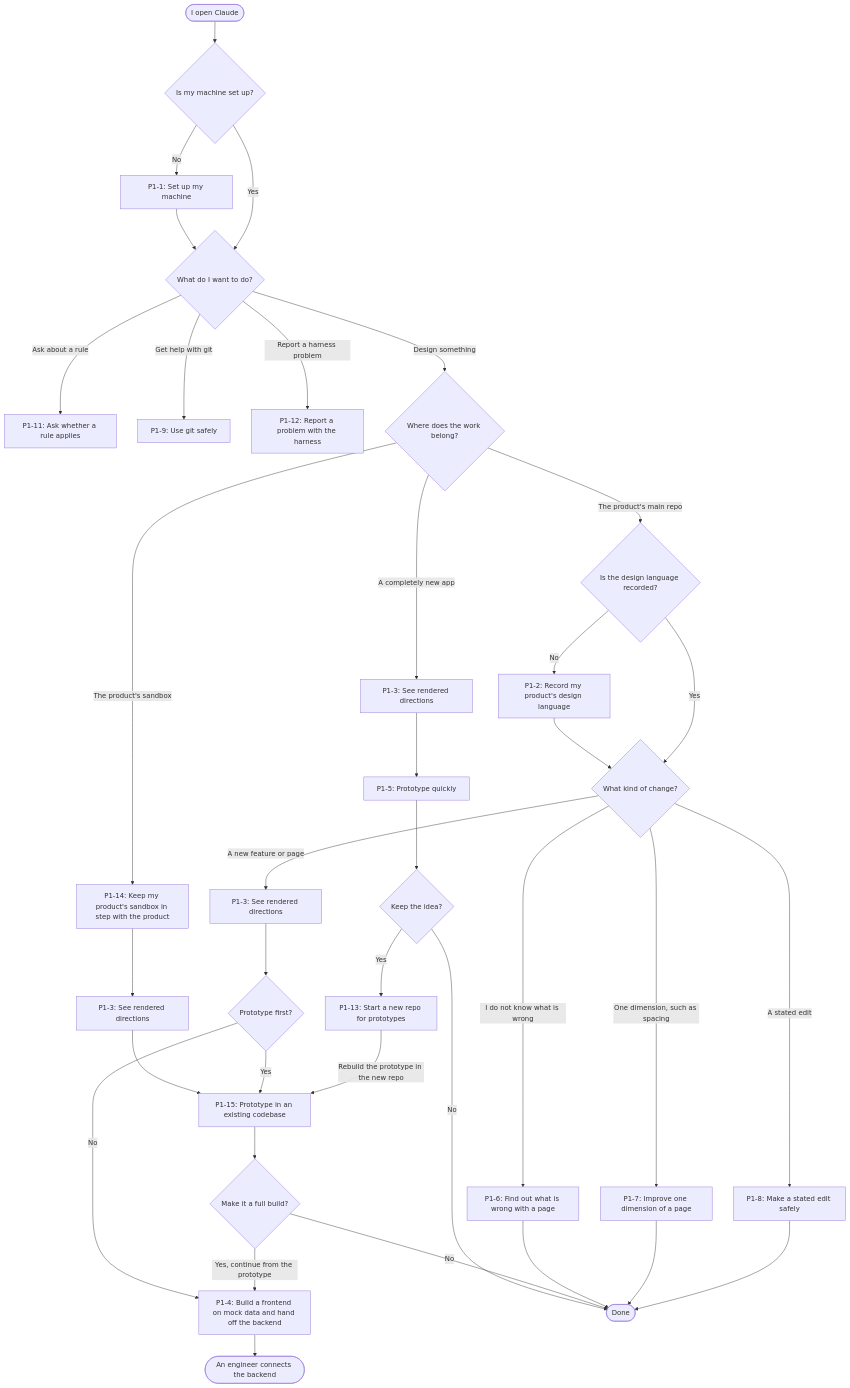
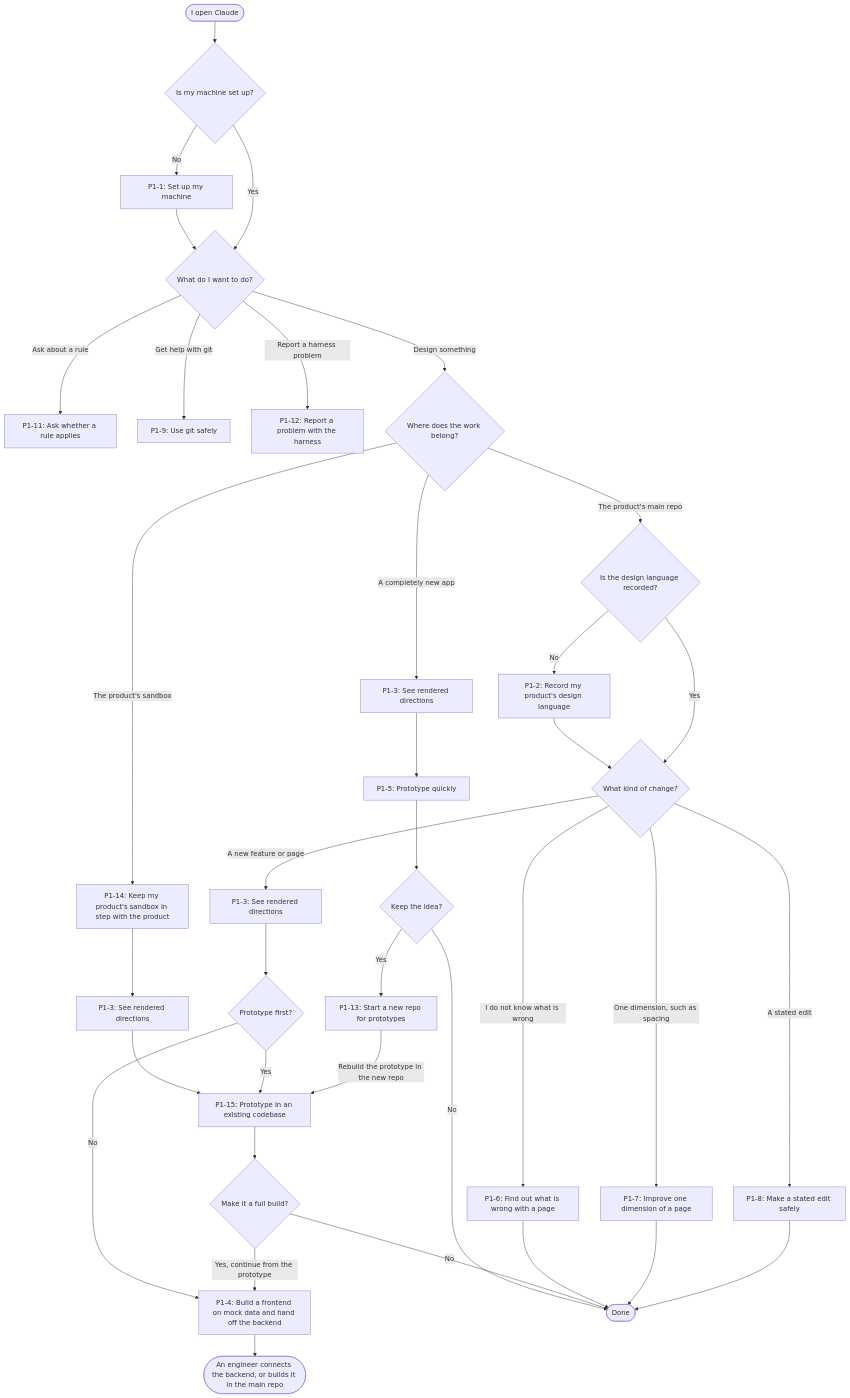
The diagram in docs/specs/2026-10-05-design-revamp/stories/p1-designer.md (transformteamsg/dx-harness), drawn with Mermaid before and after one commit. The commit also changed other lines of this file, not shown here.

First line of the commit message:
docs(`specs`): make P1-4 the full build, in the main codebase or the sandbox

````diff
--- a/docs/specs/2026-10-05-design-revamp/stories/p1-designer.md
+++ b/docs/specs/2026-10-05-design-revamp/stories/p1-designer.md
@@ -31,39 +31,39 @@
 ```mermaid
 flowchart TD
     start([I open Claude]) --> setup{Is my machine set up?}
     setup -- No --> P1_1["P1-1: Set up my machine"] --> want
     setup -- Yes --> want{What do I want to do?}
 
     want -- Ask about a rule --> P1_11["P1-11: Ask whether a rule applies"]
     want -- Get help with git --> P1_9["P1-9: Use git safely"]
     want -- Report a harness problem --> P1_12["P1-12: Report a problem with the harness"]
     want -- Design something --> repo{Where does the work belong?}
 
     repo -- A completely new app --> dirA["P1-3: See rendered directions"] --> P1_5["P1-5: Prototype quickly"]
     repo -- "The product's sandbox" --> P1_14["P1-14: Keep my product's sandbox in step with the product"]
     repo -- The product's main repo --> lang{Is the design language recorded?}
 
     P1_14 --> dirB["P1-3: See rendered directions"] --> P1_15
 
     lang -- No --> P1_2["P1-2: Record my product's design language"] --> change
     lang -- Yes --> change{What kind of change?}
     change -- A stated edit --> P1_8["P1-8: Make a stated edit safely"]
     change -- I do not know what is wrong --> P1_6["P1-6: Find out what is wrong with a page"]
     change -- "One dimension, such as spacing" --> P1_7["P1-7: Improve one dimension of a page"]
     change -- A new feature or page --> dirC["P1-3: See rendered directions"] --> proto{Prototype first?}
     proto -- Yes --> P1_15["P1-15: Prototype in an existing codebase"]
     proto -- No --> P1_4["P1-4: Build a frontend on mock data and hand off the backend"]
 
     P1_5 --> keep5{Keep the idea?}
     keep5 -- Yes --> P1_13["P1-13: Start a new repo for prototypes"]
     P1_13 -- "Rebuild the prototype in the new repo" --> P1_15
     P1_15 --> full15{Make it a full build?}
     full15 -- "Yes, continue from the prototype" --> P1_4
 
-    P1_4 --> handoff([An engineer connects the backend])
+    P1_4 --> handoff(["An engineer connects the backend, or builds it in the main repo"])
     keep5 -- No --> done([Done])
     full15 -- No --> done
     P1_6 --> done
     P1_7 --> done
     P1_8 --> done
 ```
````
